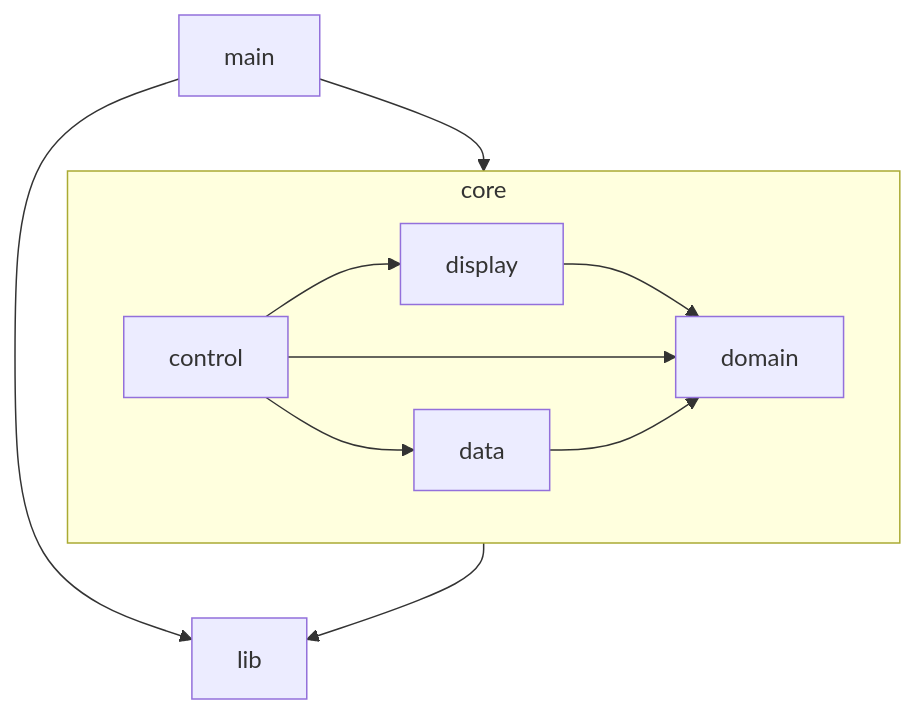
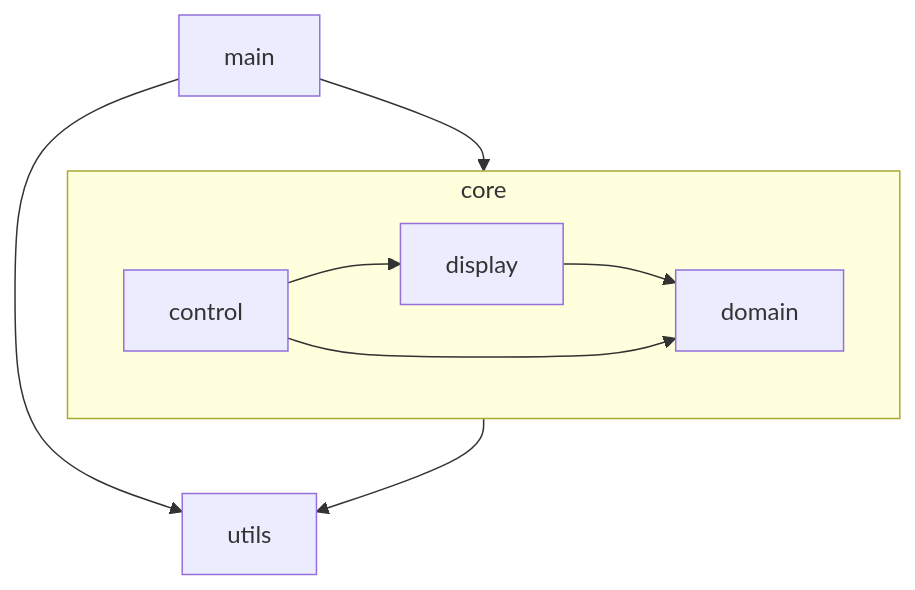
Before and after one commit to joaomelo/calystone: the first of 2 diagrams in README.md, drawn with Mermaid. The commit also changed other lines of this file and 54 other files, not shown here.

````diff
--- a/README.md
+++ b/README.md
@@ -11,20 +11,17 @@
 ```mermaid
 graph TD
   main
   subgraph core
     direction LR
     domain
     display
     control
-    data
   end
-  lib
+  utils
   main --> core
-  main --> lib
-  core --> lib
+  main --> utils
+  core --> utils
   display --> domain
   control --> domain
   control --> display
-  control --> data
-  data --> domain
 ```
````
